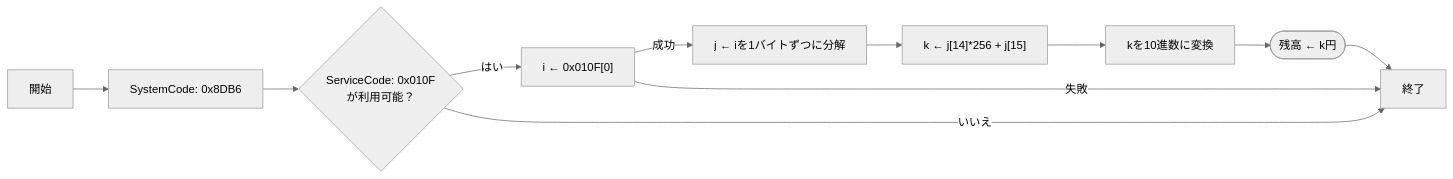
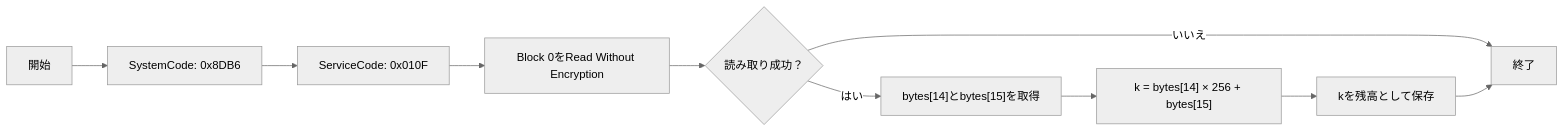
Before and after one commit to rs6-41/TransitICScanner: the first of 3 diagrams in doc/cards/jpDoCard.md, drawn with Mermaid (neutral theme). The commit also changed other lines of this file and 3 other files, not shown here.

````diff
--- a/doc/cards/jpDoCard.md
+++ b/doc/cards/jpDoCard.md
@@ -136,14 +207,12 @@
 ```mermaid
 graph LR;
     A[開始] --> B["SystemCode: 0x8DB6"];
-    B --> C{"ServiceCode: 0x010F<br>が利用可能？"};
-    C -- はい --> D["i ← 0x010F[0]"];
-    D -- 成功 --> E["j ← iを1バイトずつに分解"];
-    E --> F["k ← j[14]*256 + j[15]"];
-    F --> G["kを10進数に変換"];
-    G --> H(["残高 ← k円"]);
-    D -- 失敗 --> Z;
-    C -- いいえ --> Z;
+    B --> C["ServiceCode: 0x010F"];
+    C --> D["Block 0をRead Without Encryption"];
+    D --> E{"読み取り成功？"};
+    E -- いいえ --> Z[終了];
+    E -- はい --> F["bytes[14]とbytes[15]を取得"];
+    F --> G["k = bytes[14] × 256 + bytes[15]"];
+    G --> H["kを残高として保存"];
     H --> Z;
-    Z[終了];
 ```
````
